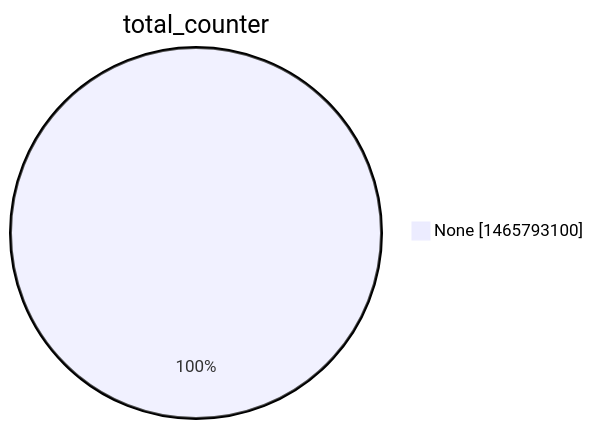
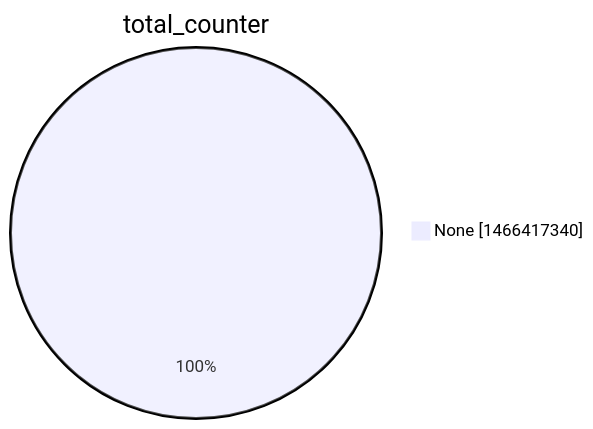
One commit to christiankrug/ctmonitor_visualization changed the second of 15 diagrams in argon2022/README.md. Above: the diagram before and after it, drawn with Mermaid. The commit also changed other lines of this file, not shown here.

````diff
--- a/argon2022/README.md
+++ b/argon2022/README.md
@@ -9,5 +9,5 @@
 ```mermaid
 pie showData
 title total_counter
-"None" :1465793100
+"None" :1466417340
 ```
````
